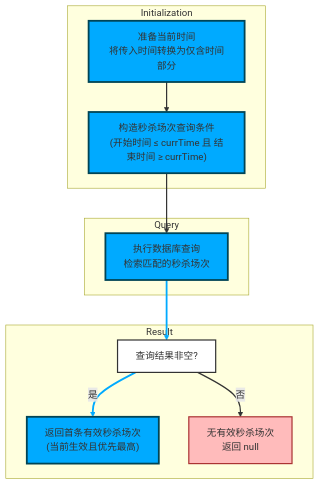
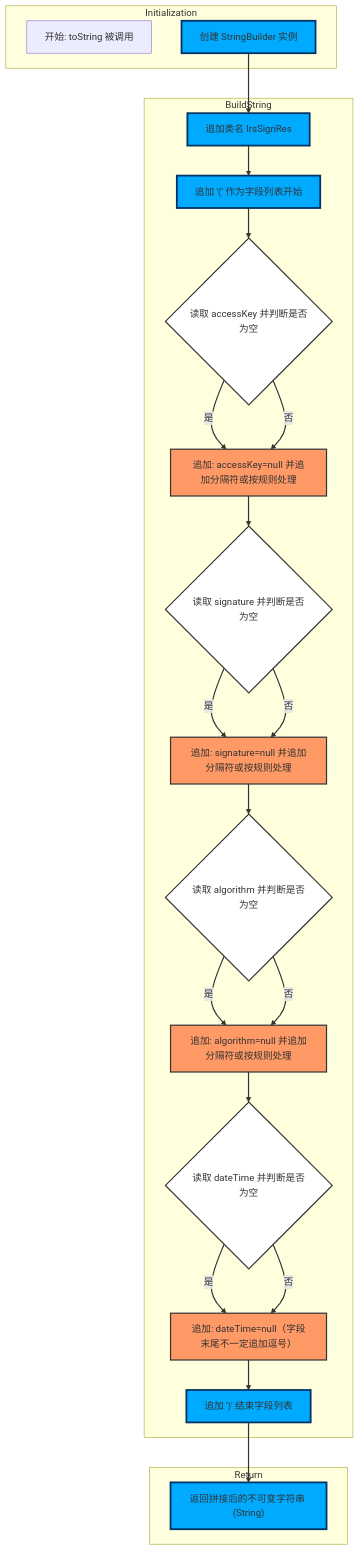
The diagram in graph/cfg_mermaid.md (gyyggyg/java_wiki), drawn with Mermaid before and after one commit. The commit also changed other lines of this file and 6 other files, not shown here.

First line of the commit message:
feat(graph): four_chart 增加 schema 校验与 mapping 规范化

````diff
--- a/graph/cfg_mermaid.md
+++ b/graph/cfg_mermaid.md
@@ -1,34 +1,53 @@
 ```mermaid
 flowchart TB
     direction TB
     subgraph Initialization
-        A1["准备当前时间\n将传入时间转换为仅含时间部分"]
-        B1["构造秒杀场次查询条件\n(开始时间 ≤ currTime 且 结束时间 ≥ currTime)"]
-        style A1 fill:#0af,stroke:#045,stroke-width:3px
-        style B1 fill:#0af,stroke:#045,stroke-width:3px
+        A1["开始: toString 被调用"]
+        A2["创建 StringBuilder 实例"]
+        style A2 fill:#0af,stroke:#036,stroke-width:3px
     end
-    subgraph Query
-        C1["执行数据库查询\n检索匹配的秒杀场次"]
-        style C1 fill:#0af,stroke:#045,stroke-width:3px
+
+    subgraph BuildString
+        A2 --> A3["追加类名 IrsSignRes"]
+        style A3 fill:#0af,stroke:#036,stroke-width:3px
+
+        A3 --> A4["追加 '(' 作为字段列表开始"]
+        style A4 fill:#0af,stroke:#036,stroke-width:3px
+
+        A4 --> F1_check{"读取 accessKey 并判断是否为空"}
+        style F1_check fill:#fff,stroke:#333,stroke-width:2px,shape:diamond
+        F1_check -->|是| F1_append["追加: accessKey=null 并追加分隔符或按规则处理"]
+        F1_check -->|否| F1_append
+        style F1_append fill:#f96,stroke:#333,stroke-width:2px
+
+        F1_append --> F2_check{"读取 signature 并判断是否为空"}
+        style F2_check fill:#fff,stroke:#333,stroke-width:2px,shape:diamond
+        F2_check -->|是| F2_append["追加: signature=null 并追加分隔符或按规则处理"]
+        F2_check -->|否| F2_append
+        style F2_append fill:#f96,stroke:#333,stroke-width:2px
+
+        F2_append --> F3_check{"读取 algorithm 并判断是否为空"}
+        style F3_check fill:#fff,stroke:#333,stroke-width:2px,shape:diamond
+        F3_check -->|是| F3_append["追加: algorithm=null 并追加分隔符或按规则处理"]
+        F3_check -->|否| F3_append
+        style F3_append fill:#f96,stroke:#333,stroke-width:2px
+
+        F3_append --> F4_check{"读取 dateTime 并判断是否为空"}
+        style F4_check fill:#fff,stroke:#333,stroke-width:2px,shape:diamond
+        F4_check -->|是| F4_append["追加: dateTime=null（字段末尾不一定追加逗号）"]
+        F4_check -->|否| F4_append
+        style F4_append fill:#f96,stroke:#333,stroke-width:2px
+
+        F4_append --> G1["追加 ')' 结束字段列表"]
+        style G1 fill:#0af,stroke:#036,stroke-width:3px
     end
-    subgraph Result
-        D1["查询结果非空?"]
-        style D1 fill:#fff,stroke:#333,stroke-width:2px,shape:diamond
-        E1["返回首条有效秒杀场次\n(当前生效且优先最高)"]
-        style E1 fill:#0af,stroke:#045,stroke-width:3px
-        F1["无有效秒杀场次\n返回 null"]
-        style F1 fill:#fbb,stroke:#a33,stroke-width:2px
+
+    subgraph Return
+        G1 --> G2["返回拼接后的不可变字符串 (String)"]
+        style G2 fill:#0af,stroke:#036,stroke-width:3px
     end
-    A1 --> B1
-    B1 --> C1
-    C1 --> D1
-    D1 -- "是" --> E1
-    D1 -- "否" --> F1
-    %% 边样式: 默认粗细为2px，关键路径使用粗实线3px并使用主色
-    linkStyle 0 stroke:#333,stroke-width:2px
-    linkStyle 1 stroke:#333,stroke-width:2px
-    linkStyle 2 stroke:#0af,stroke-width:3px
-    linkStyle 3 stroke:#0af,stroke-width:3px
-    linkStyle 4 stroke:#333,stroke-width:2px
+
+    %% 边样式：主要流程保持较粗线条，默认流程为中等粗细
+    linkStyle default stroke-width:2px
 
 ```
````
